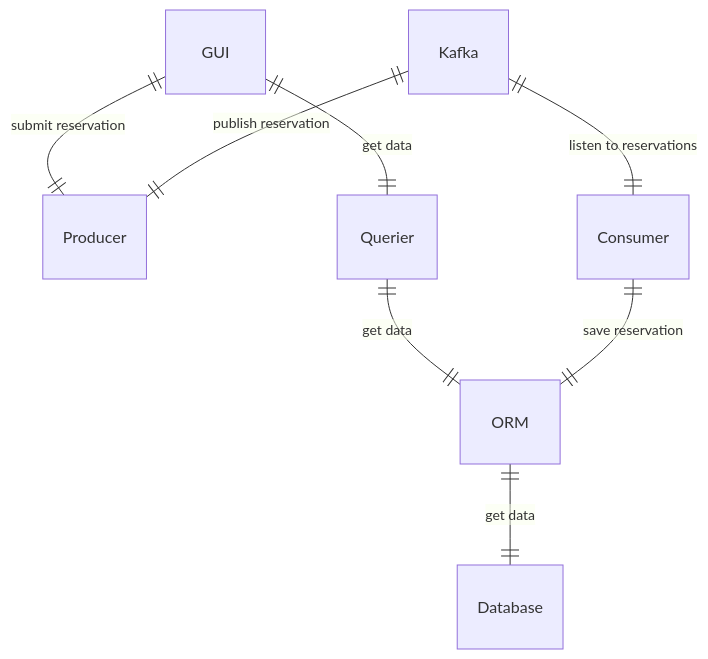
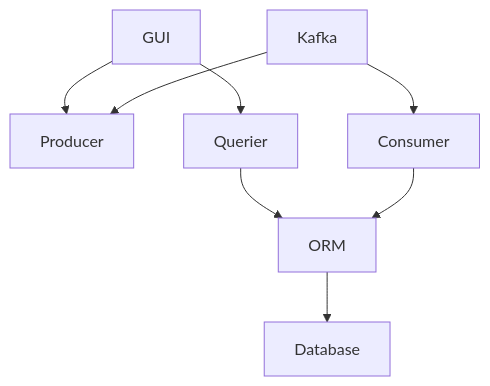
Before and after one commit to davidswisa/microservices-example: the diagram in README.md, drawn with Mermaid.

````diff
--- a/README.md
+++ b/README.md
@@ -5,13 +6,11 @@
 ```mermaid
-erDiagram
+graph TD;
 
-    GUI ||--|| Producer : "submit reservation"
-    GUI ||--|| Querier : "get data"
-    Querier ||--|| ORM : "get data"
-    Kafka ||--|| Producer : "publish reservation"
-    Kafka ||--|| Consumer : "listen to reservations"
-
-    ORM ||--|| Database : "get data"
-    Consumer ||--|| ORM : "save reservation"
-
+GUI --> Producer;
+GUI --> Querier;
+Querier --> ORM;
+Kafka --> Producer;
+Kafka --> Consumer;
+ORM --> Database;
+Consumer --> ORM;
 ```
````
